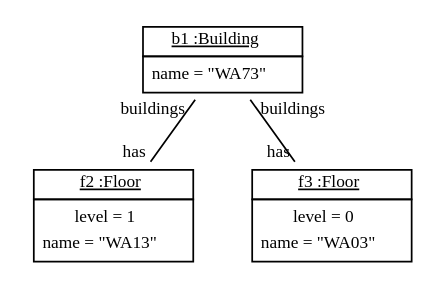
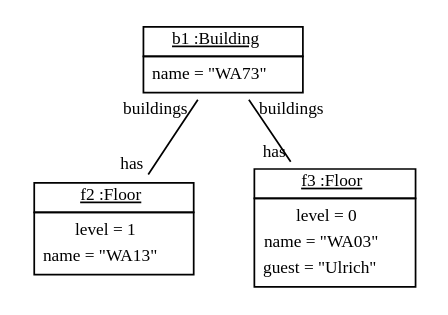
The diagram in doc/GenericObjectDiagram16.dot (fujaba/SDMLib), drawn with Graphviz before and after one commit. The commit also changed 57 other files, not shown here.

Commit message:
fixed problem with external class TimerPO svg graphics are now visible in exclipse internal browser, too.

```diff
--- a/doc/GenericObjectDiagram16.dot
+++ b/doc/GenericObjectDiagram16.dot
@@ -1,11 +1,11 @@
 graph ObjectDiagram {
    node [shape = none, fontsize = 10];
    edge [fontsize = 10];
 
 b1 [label=<<table border='0' cellborder='1' cellspacing='0'> <tr> <td> <u>b1 :Building</u></td></tr><tr><td><table border='0' cellborder='0' cellspacing='0'><tr><td>name = "WA73"</td></tr></table></td></tr></table>>];
 f2 [label=<<table border='0' cellborder='1' cellspacing='0'> <tr> <td> <u>f2 :Floor</u></td></tr><tr><td><table border='0' cellborder='0' cellspacing='0'><tr><td>level = 1</td></tr><tr><td>name = "WA13"</td></tr></table></td></tr></table>>];
-f3 [label=<<table border='0' cellborder='1' cellspacing='0'> <tr> <td> <u>f3 :Floor</u></td></tr><tr><td><table border='0' cellborder='0' cellspacing='0'><tr><td>level = 0</td></tr><tr><td>name = "WA03"</td></tr></table></td></tr></table>>];
+f3 [label=<<table border='0' cellborder='1' cellspacing='0'> <tr> <td> <u>f3 :Floor</u></td></tr><tr><td><table border='0' cellborder='0' cellspacing='0'><tr><td>level = 0</td></tr><tr><td>name = "WA03"</td></tr><tr><td>guest = "Ulrich"</td></tr></table></td></tr></table>>];
 
 b1 -- f2 [headlabel = "has" taillabel = "buildings"];
 b1 -- f3 [headlabel = "has" taillabel = "buildings"];
 }
```
